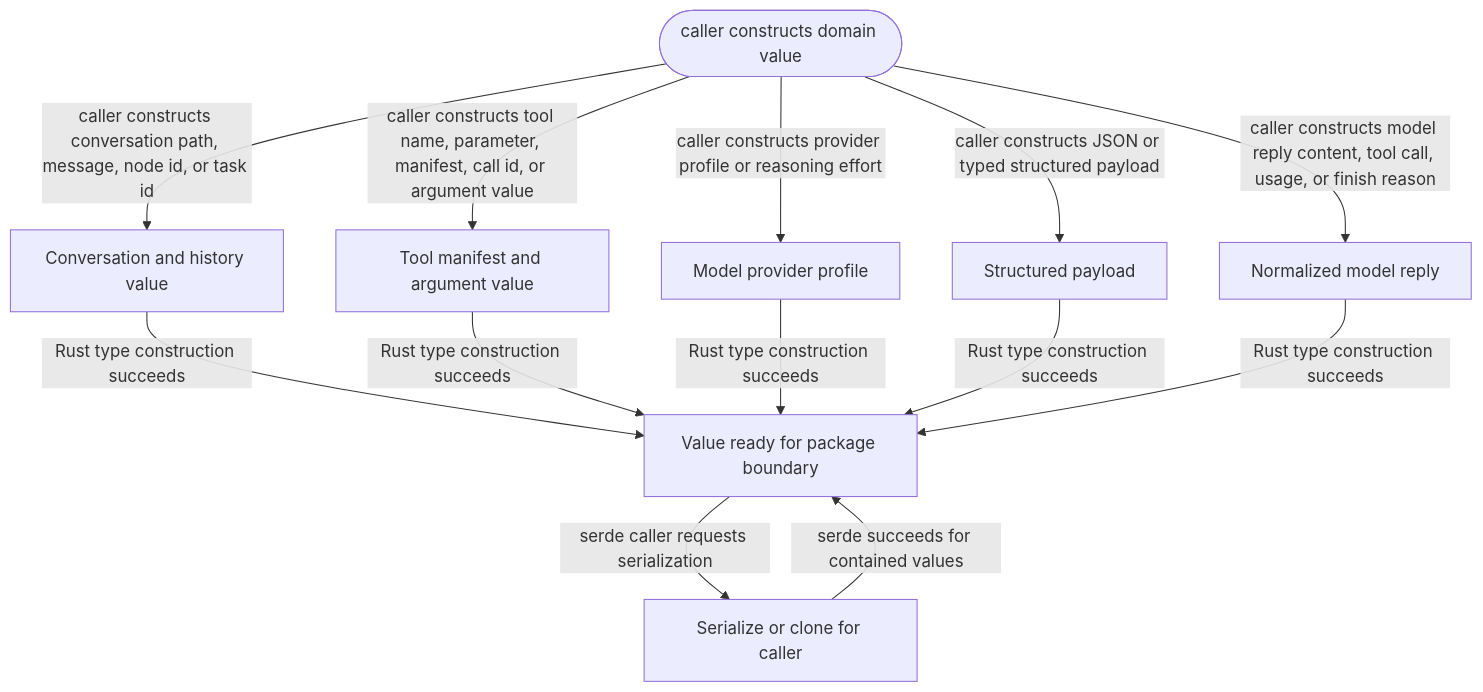
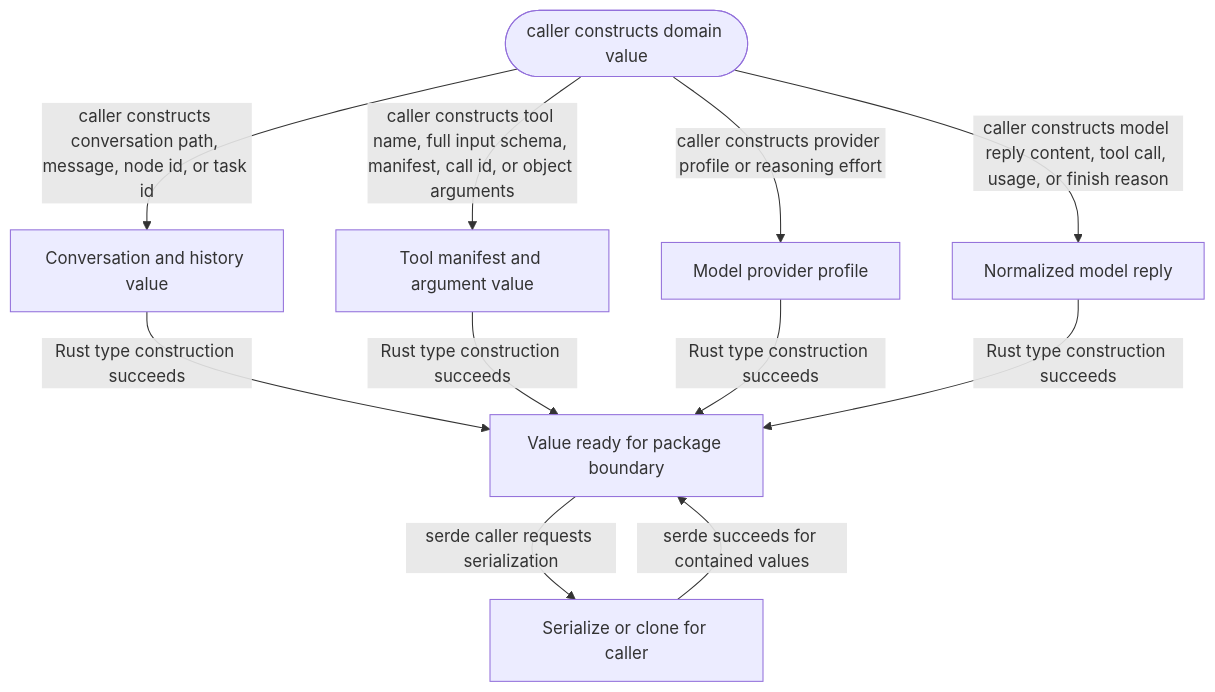
The diagram in crates/domain-model/README.md (JiaJunDeng5930/Selvedge), drawn with Mermaid before and after one commit. The commit also changed other lines of this file and 10 other files, not shown here.

Commit message:
refactor(api)!: preserve json tool contracts

````diff
--- a/crates/domain-model/README.md
+++ b/crates/domain-model/README.md
@@ -18,24 +23,21 @@
 ```mermaid
 flowchart TD
   Start([caller constructs domain value])
   Conversation[Conversation and history value]
   Tool[Tool manifest and argument value]
   Provider[Model provider profile]
-  Payload[Structured payload]
   Reply[Normalized model reply]
   Ready[Value ready for package boundary]
   Serialize[Serialize or clone for caller]
 
   Start -->|caller constructs conversation path, message, node id, or task id| Conversation
-  Start -->|caller constructs tool name, parameter, manifest, call id, or argument value| Tool
+  Start -->|caller constructs tool name, full input schema, manifest, call id, or object arguments| Tool
   Start -->|caller constructs provider profile or reasoning effort| Provider
-  Start -->|caller constructs JSON or typed structured payload| Payload
   Start -->|caller constructs model reply content, tool call, usage, or finish reason| Reply
   Conversation -->|Rust type construction succeeds| Ready
   Tool -->|Rust type construction succeeds| Ready
   Provider -->|Rust type construction succeeds| Ready
-  Payload -->|Rust type construction succeeds| Ready
   Reply -->|Rust type construction succeeds| Ready
   Ready -->|serde caller requests serialization| Serialize
   Serialize -->|serde succeeds for contained values| Ready
 ```
````
